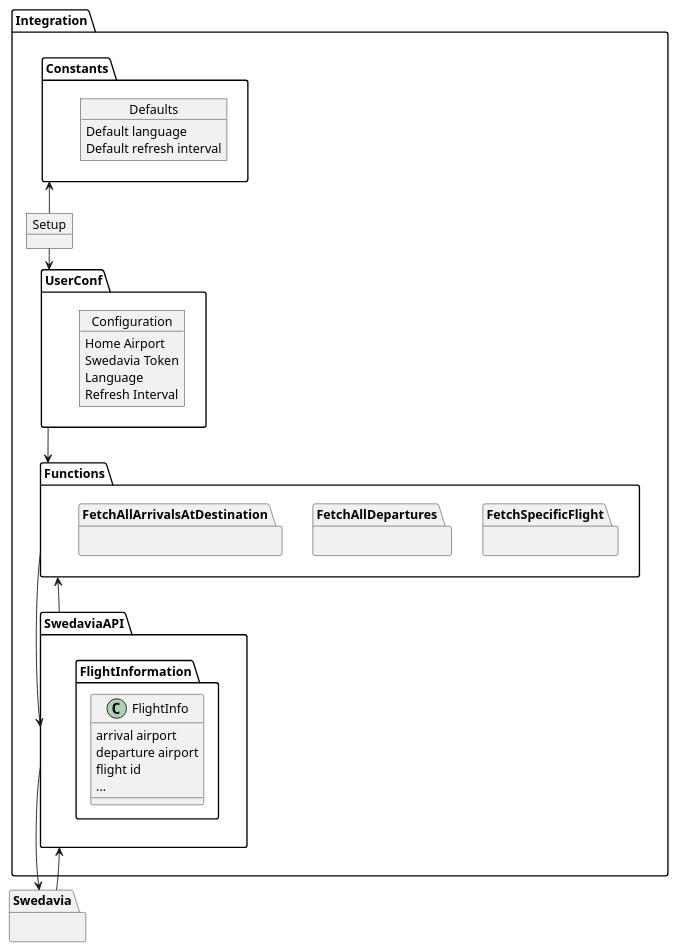
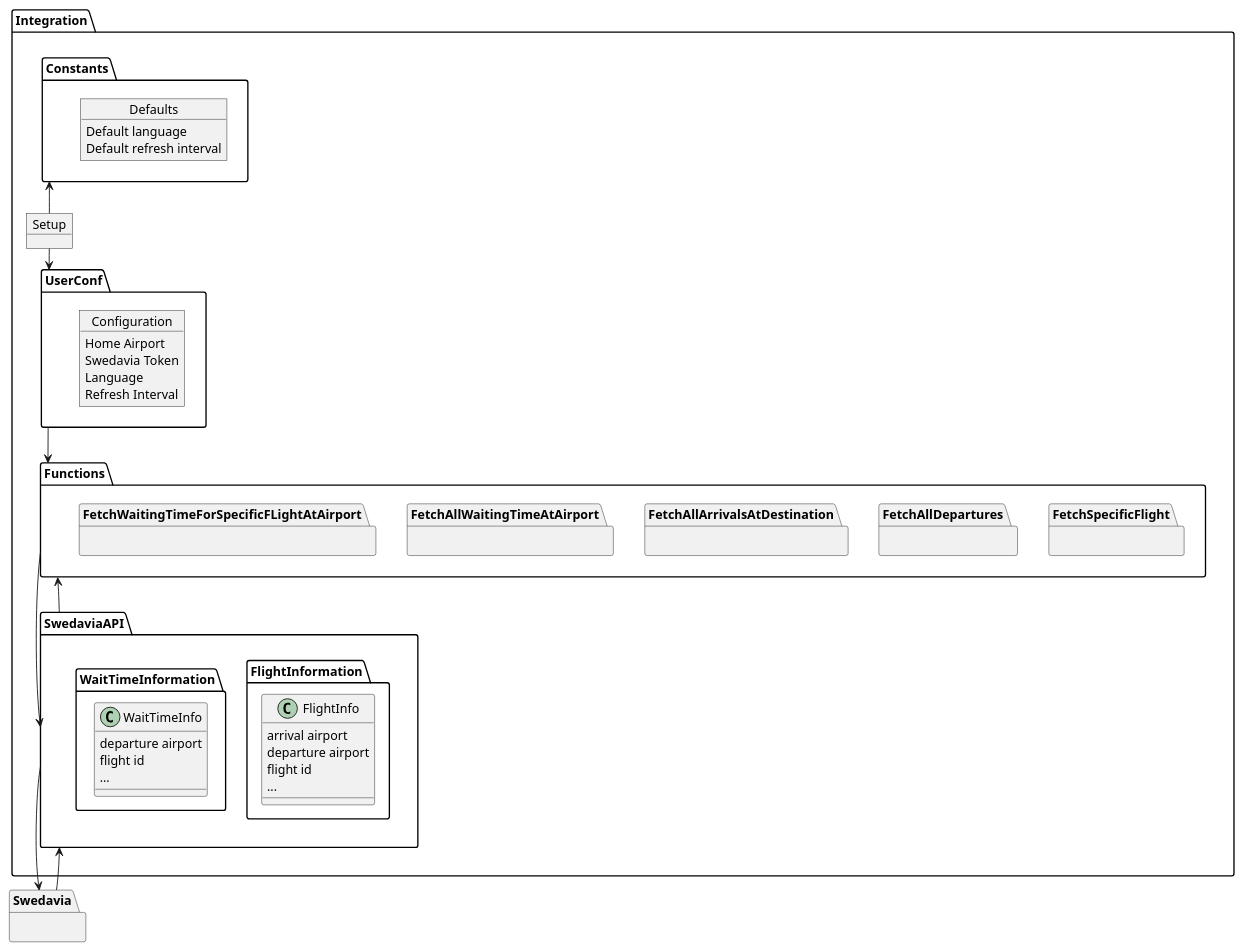
One commit to Smooth-Ruff/hass-core changed the diagram in system-architecture.plantuml. Above: the diagram before and after it, drawn with PlantUML.

```diff
--- a/system-architecture.plantuml
+++ b/system-architecture.plantuml
@@ -1,61 +1,74 @@
 @startuml
 
 package Integration {
 
  object Setup{
 }
 
  package Functions as FUNCTIONS {
   package FetchSpecificFlight{}
   package FetchAllDepartures{}
   package FetchAllArrivalsAtDestination{}
+ package FetchAllWaitingTimeAtAirport{}
+ package FetchWaitingTimeForSpecificFLightAtAirport{}
   }
 
 
  package Constants as CONST {
    object Defaults {
      Default language
      Default refresh interval
    }
  }
 
 
  package UserConf as CONF{
    object Configuration{
      Home Airport
      Swedavia Token
      Language
      Refresh Interval
    }
  }
 
  package SwedaviaAPI as SWEDAPI{
 
    package FlightInformation {
     class FlightInfo {
        arrival airport
        departure airport
        flight id
        ...
     }
    }
+ package WaitTimeInformation {
+    class WaitTimeInfo {
+       departure airport
+       flight id
+       ...
+    }
+   }
 
  }
+ 
+
+
+ 
 
 }
 
 package Swedavia as SWED{
 }
 
 SWEDAPI--> SWED
 SWED--> SWEDAPI
 
 FUNCTIONS --> SWEDAPI
 FUNCTIONS <-- SWEDAPI
 
 CONF --> FUNCTIONS
 
 Setup --> CONF
 CONST <-- Setup
 
 @enduml
```
